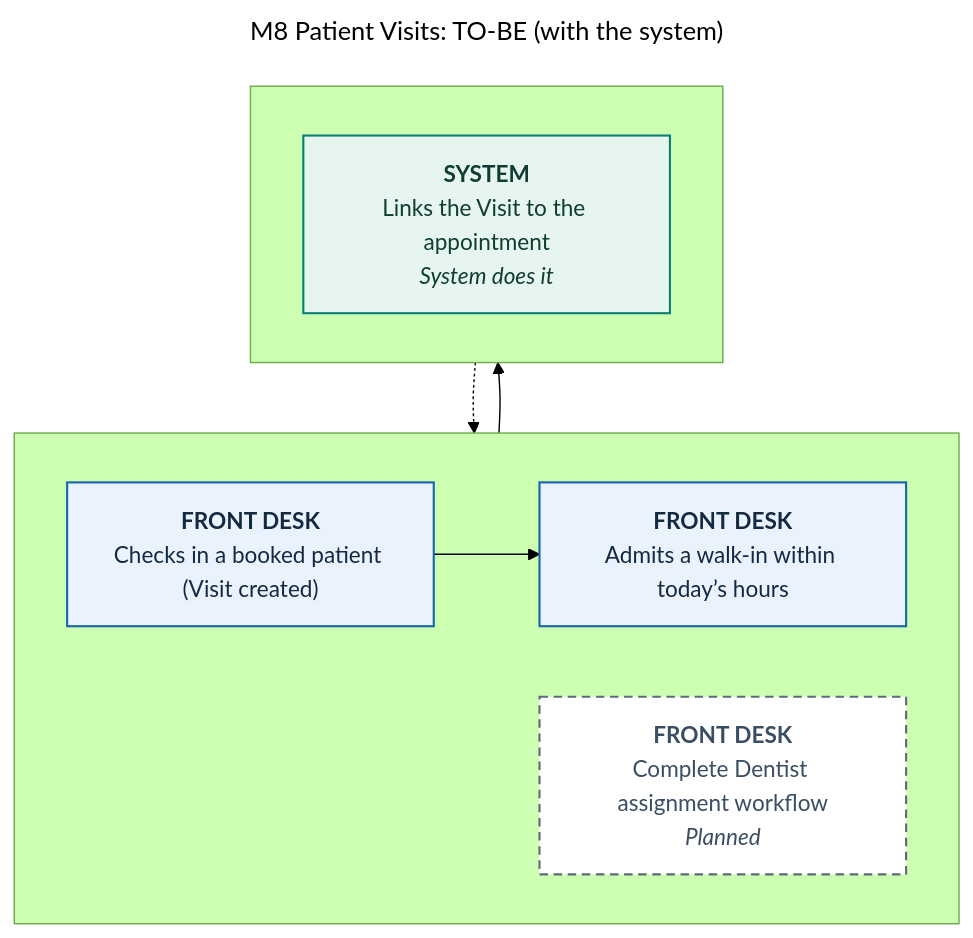
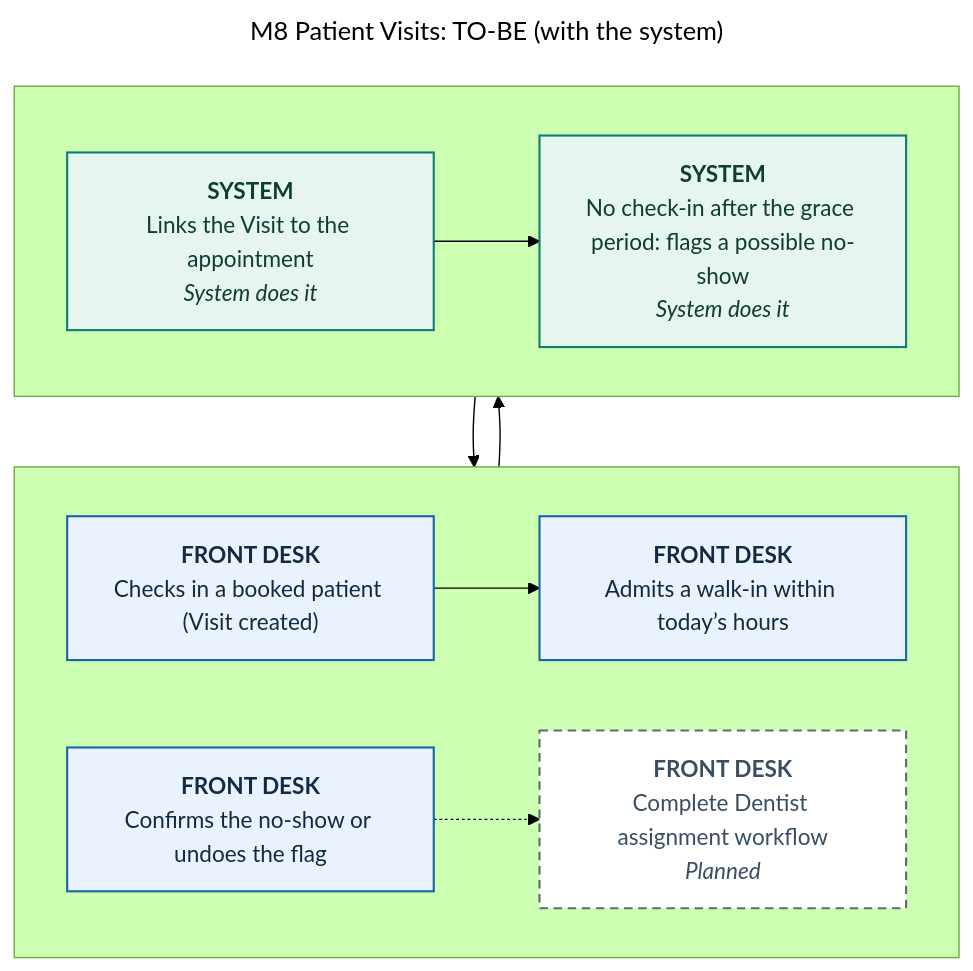
The diagram in docs/defense/diagrams/M8-patient-visits-to-be.mmd (0phem/multibranch-dental-clinic), drawn with Mermaid (forest theme) before and after one commit. The commit also changed 57 other files, not shown here.

First line of the commit message:
docs(defense): automations in modules, evidence, TO-BE diagrams, process PDF, demo script, panel Q&A, screenshots

```diff
--- a/docs/defense/diagrams/M8-patient-visits-to-be.mmd
+++ b/docs/defense/diagrams/M8-patient-visits-to-be.mmd
@@ -1,23 +1,27 @@
 ---
 title: "M8 Patient Visits: TO-BE (with the system)"
 ---
 flowchart TB
     subgraph L1[" "]
     direction LR
       S0["<b>FRONT DESK</b><br/>Checks in a booked patient (Visit created)"]:::manual
       S1["<b>FRONT DESK</b><br/>Admits a walk-in within today’s hours"]:::manual
-      S3["<b>FRONT DESK</b><br/>Complete Dentist assignment workflow<br/><i>Planned</i>"]:::planned
+      S4["<b>FRONT DESK</b><br/>Confirms the no-show or undoes the flag"]:::manual
+      S5["<b>FRONT DESK</b><br/>Complete Dentist assignment workflow<br/><i>Planned</i>"]:::planned
     end
     subgraph L4[" "]
     direction LR
       S2["<b>SYSTEM</b><br/>Links the Visit to the appointment<br/><i>System does it</i>"]:::auto
+      S3["<b>SYSTEM</b><br/>No check-in after the grace period: flags a possible no-show<br/><i>System does it</i>"]:::auto
     end
     S0 --> S1
     S1 --> S2
-    S2 -.-> S3
+    S2 --> S3
+    S3 --> S4
+    S4 -.-> S5
     classDef cited fill:#eaf3fd,stroke:#1865ac,color:#142a40,stroke-width:1.5px
     classDef confirm fill:#fffaf0,stroke:#b26a00,color:#5e3c00,stroke-width:1.5px,stroke-dasharray:6 4
     classDef auto fill:#e6f5ee,stroke:#0c7f75,color:#0f3d33,stroke-width:1.5px
     classDef manual fill:#eaf3fd,stroke:#1865ac,color:#142a40,stroke-width:1.5px
     classDef mock fill:#f3f5f7,stroke:#5a6b7d,color:#3a4e63,stroke-width:1.5px,stroke-dasharray:3 3
     classDef planned fill:#ffffff,stroke:#5a6b7d,color:#3a4e63,stroke-width:1.5px,stroke-dasharray:6 4
```
